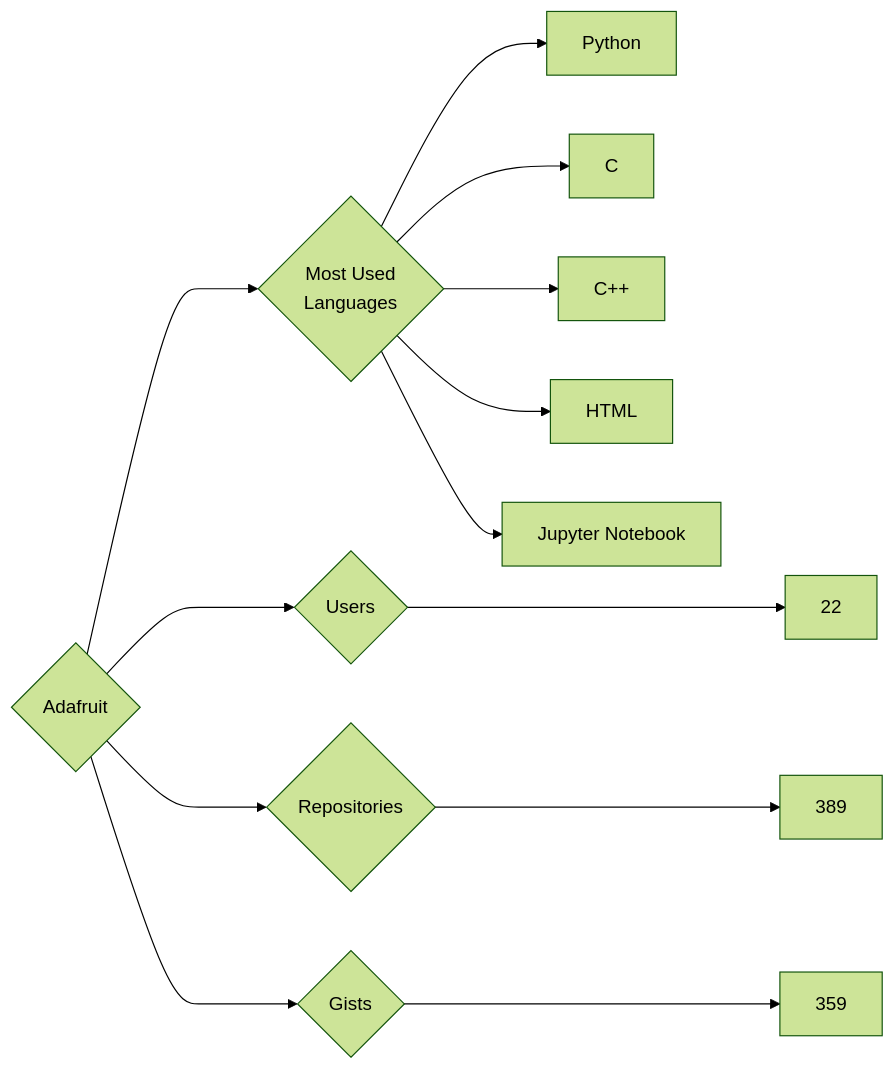
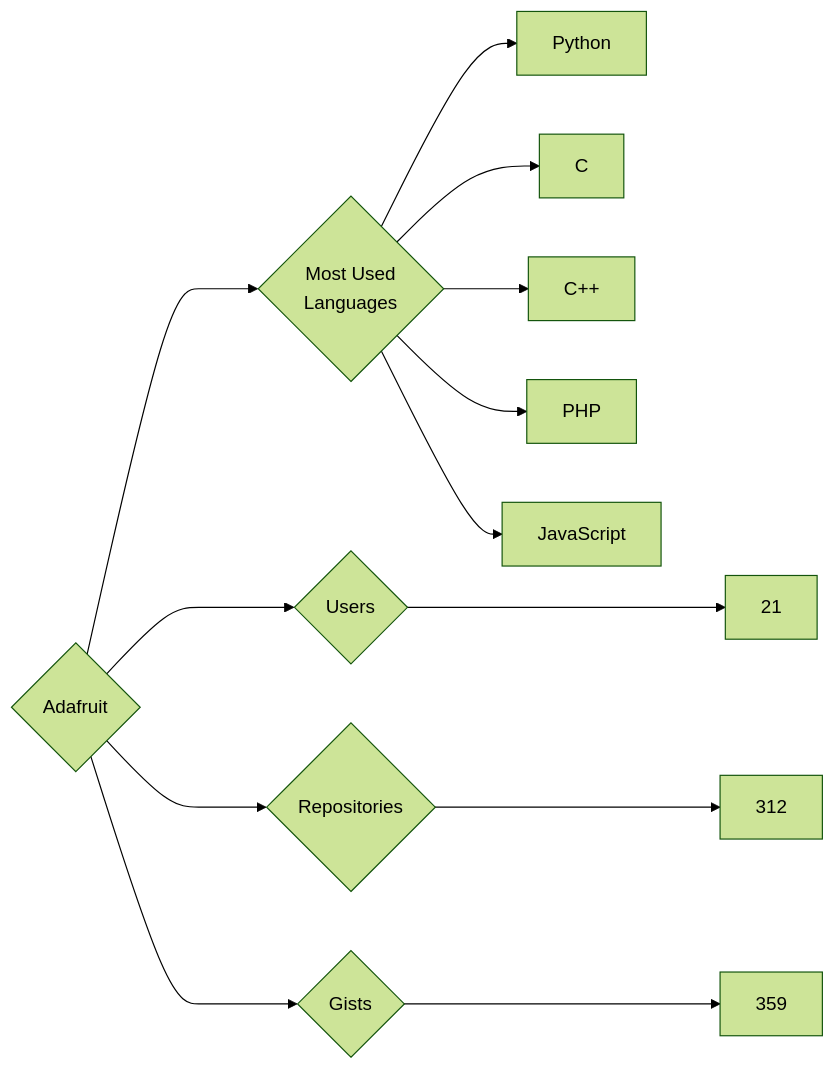
The diagram in targets/Adafruit/README.md (trickest/insiders), drawn with Mermaid (forest theme) before and after one commit. The commit also changed 1030 other files, not shown here.

````diff
--- a/targets/Adafruit/README.md
+++ b/targets/Adafruit/README.md
@@ -3,13 +3,13 @@
 ```mermaid
 graph LR
 COMPANY_NAME{Adafruit}
-COMPANY_NAME ---> U{Users} ---> UN[22]
-COMPANY_NAME ---> R{Repositories} ---> RN[389]
+COMPANY_NAME ---> U{Users} ---> UN[21]
+COMPANY_NAME ---> R{Repositories} ---> RN[312]
 COMPANY_NAME ---> G{Gists} ---> GN[359]
 COMPANY_NAME ---> ML{Most Used<br>Languages}
 ML --> Python[Python]
 ML --> C[C]
 ML --> C++[C++]
-ML --> HTML[HTML]
-ML --> Jupyter_Notebook[Jupyter Notebook]
+ML --> PHP[PHP]
+ML --> JavaScript[JavaScript]
 ```
````
